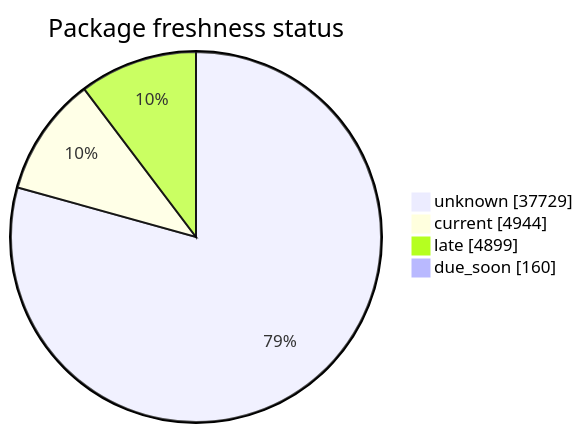
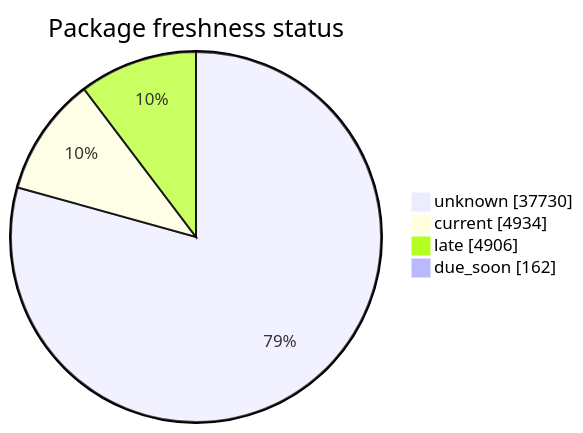
The second of 5 diagrams in FreshCheck/README.md (open-data/analytics-corporate-reporting), drawn with Mermaid before and after one commit. The commit also changed other lines of this file and 3 other files, not shown here.

````diff
--- a/FreshCheck/README.md
+++ b/FreshCheck/README.md
@@ -68,7 +68,7 @@
 ```mermaid
 pie showData title Package freshness status
-    "unknown": 37729
-    "current": 4944
-    "late": 4899
-    "due_soon": 160
+    "unknown": 37730
+    "current": 4934
+    "late": 4906
+    "due_soon": 162
 ```
````
